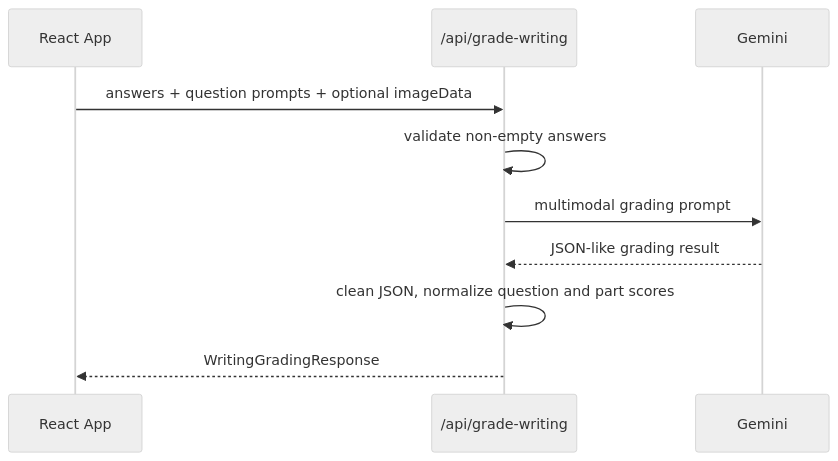
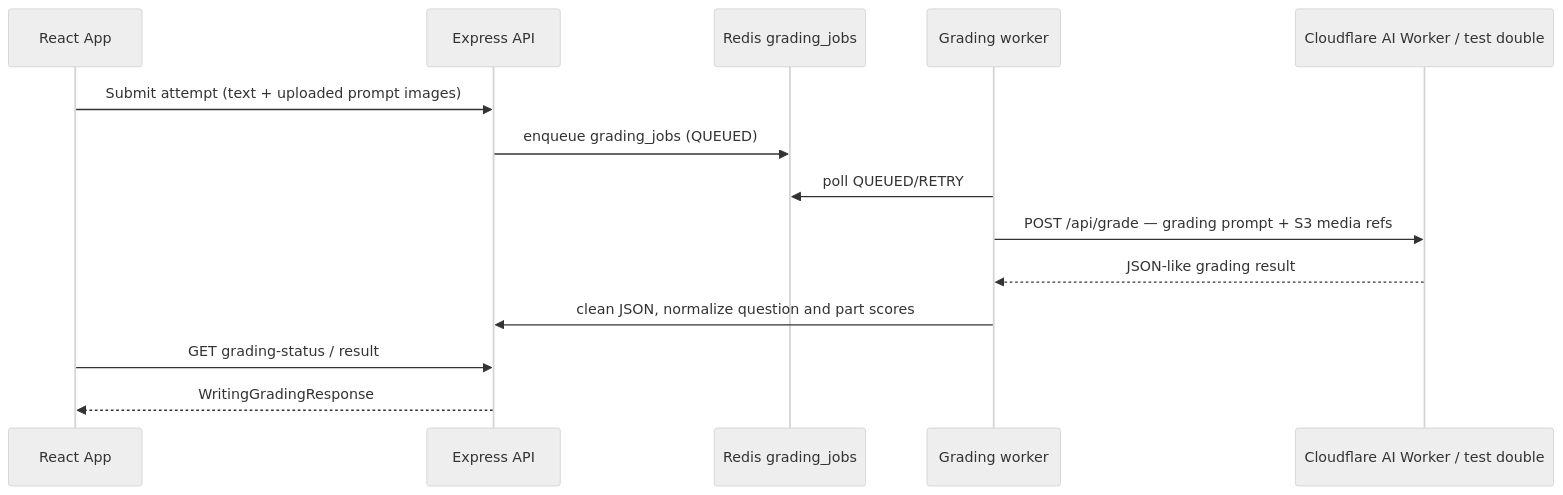
One commit to initforge/mini-ielts.score changed the fifth of 5 diagrams in docs/02-exam-workflows.md. Above: the diagram before and after it, drawn with Mermaid (neutral theme). The commit also changed other lines of this file and 1068 other files, not shown here.

````diff
--- a/docs/02-exam-workflows.md
+++ b/docs/02-exam-workflows.md
@@ -125,13 +129,17 @@
 ```mermaid
 sequenceDiagram
   participant App as React App
-  participant API as /api/grade-writing
-  participant Gemini as Gemini
+  participant API as Express API
+  participant Queue as Redis grading_jobs
+  participant Worker as Grading worker
+  participant AI as Cloudflare AI Worker / test double
 
-  App->>API: answers + question prompts + optional imageData
-  API->>API: validate non-empty answers
-  API->>Gemini: multimodal grading prompt
-  Gemini-->>API: JSON-like grading result
-  API->>API: clean JSON, normalize question and part scores
+  App->>API: Submit attempt (text + uploaded prompt images)
+  API->>Queue: enqueue grading_jobs (QUEUED)
+  Worker->>Queue: poll QUEUED/RETRY
+  Worker->>AI: POST /api/grade — grading prompt + S3 media refs
+  AI-->>Worker: JSON-like grading result
+  Worker->>API: clean JSON, normalize question and part scores
+  App->>API: GET grading-status / result
   API-->>App: WritingGradingResponse
 ```
````
